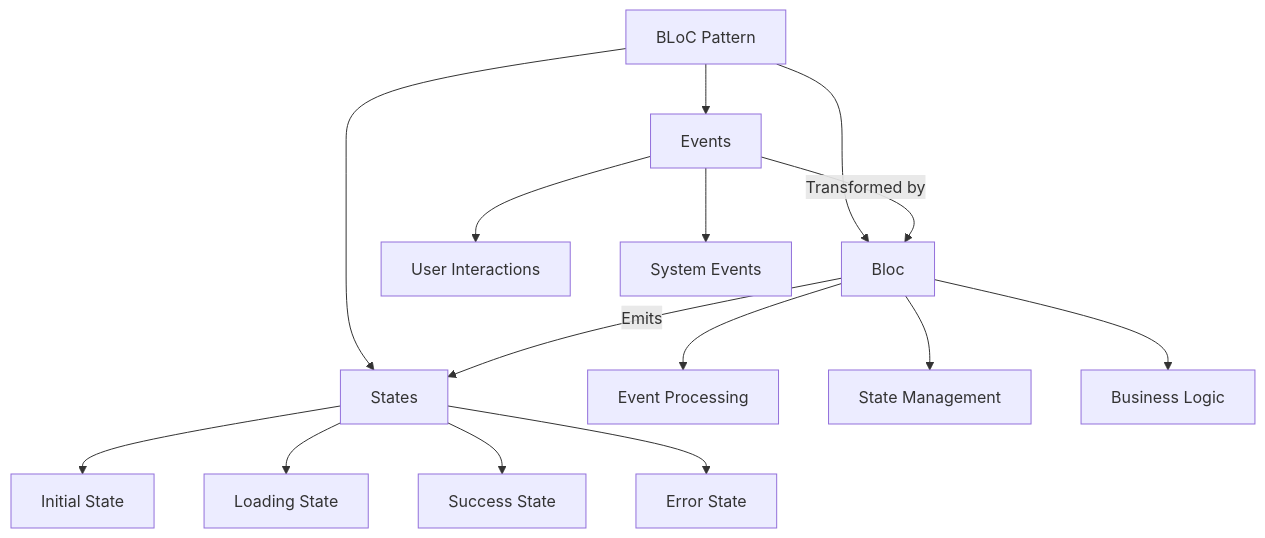
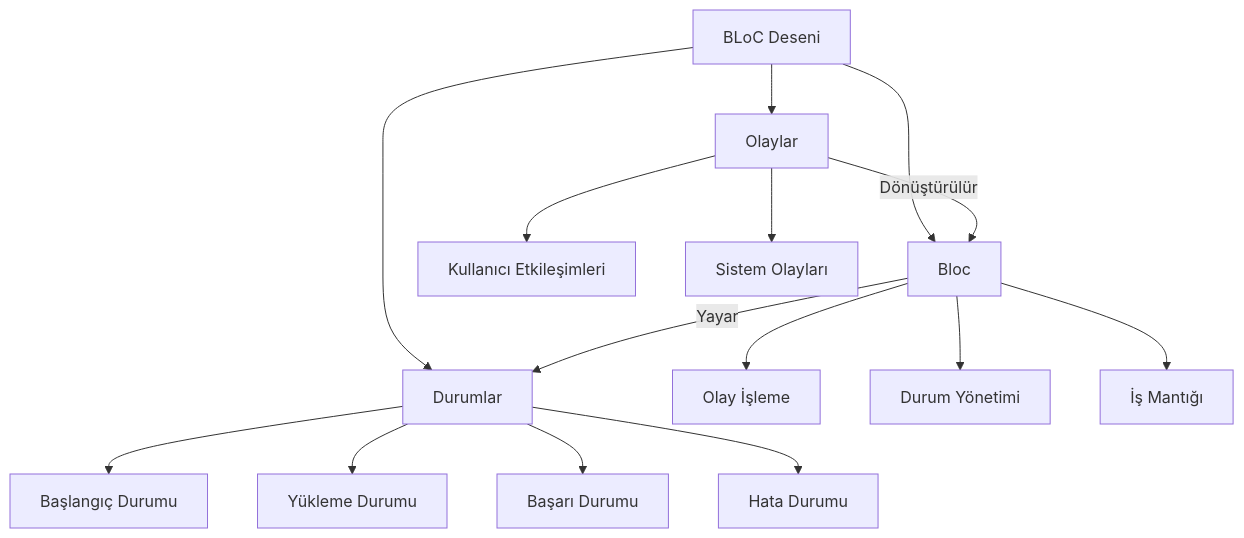
Before and after one commit to endmr11/system_design: the fourth of 5 diagrams in mobile/architecture/patterns.md, drawn with Mermaid. The commit also changed other lines of this file and 6 other files, not shown here.

````diff
--- a/mobile/architecture/patterns.md
+++ b/mobile/architecture/patterns.md
@@ -140,21 +140,21 @@
 ```mermaid
 graph TD
-    A[BLoC Pattern] --> B[Events]
-    A --> C[States]
+    A[BLoC Deseni] --> B[Olaylar]
+    A --> C[Durumlar]
     A --> D[Bloc]
     
-    B --> B1[User Interactions]
-    B --> B2[System Events]
+    B --> B1[Kullanıcı Etkileşimleri]
+    B --> B2[Sistem Olayları]
     
-    C --> C1[Initial State]
-    C --> C2[Loading State]
-    C --> C3[Success State]
-    C --> C4[Error State]
+    C --> C1[Başlangıç Durumu]
+    C --> C2[Yükleme Durumu]
+    C --> C3[Başarı Durumu]
+    C --> C4[Hata Durumu]
     
-    D --> D1[Event Processing]
-    D --> D2[State Management]
-    D --> D3[Business Logic]
+    D --> D1[Olay İşleme]
+    D --> D2[Durum Yönetimi]
+    D --> D3[İş Mantığı]
     
-    B -->|Transformed by| D
-    D -->|Emits| C
+    B -->|Dönüştürülür| D
+    D -->|Yayar| C
 ```
````
